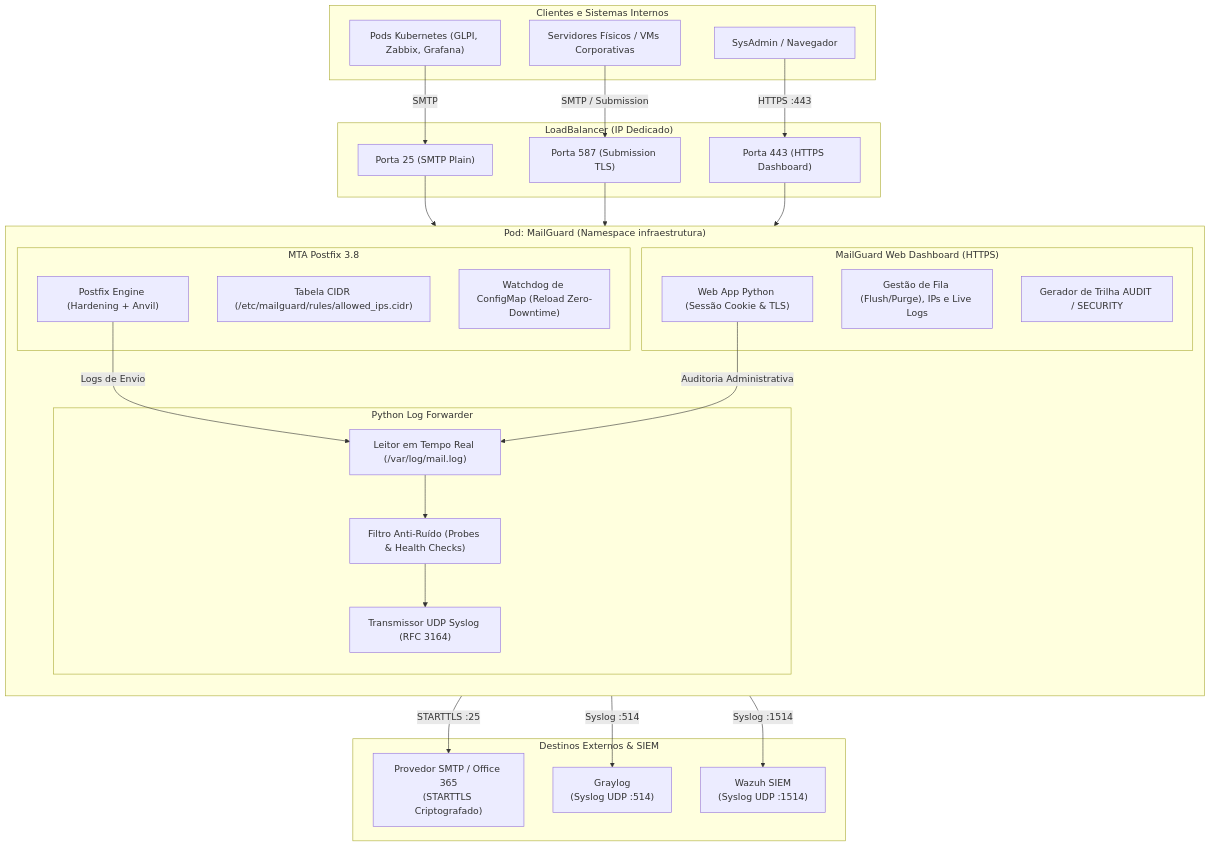
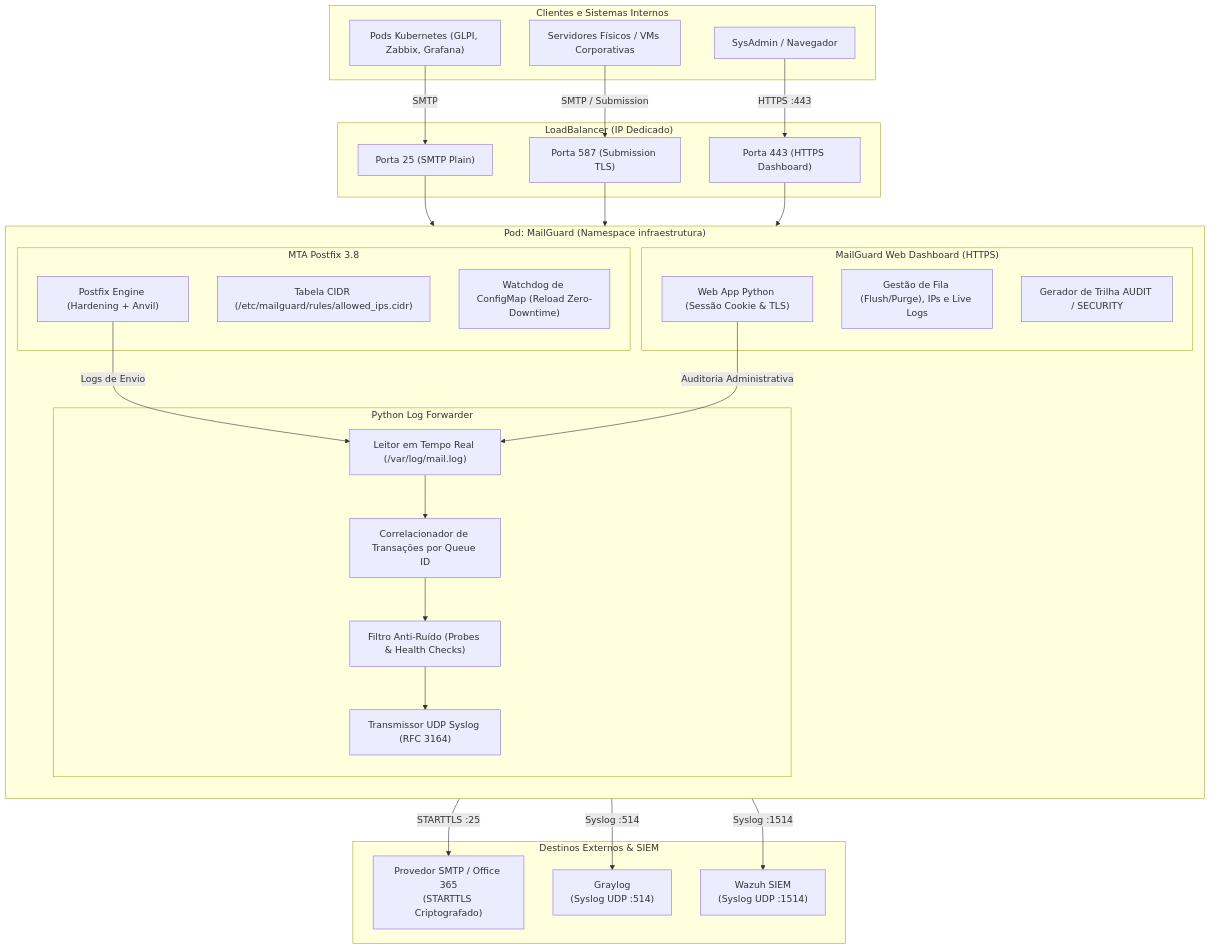
The diagram in README.md (confelipe/mailguard), drawn with Mermaid before and after one commit. The commit also changed other lines of this file and 2 other files, not shown here.

````diff
--- a/README.md
+++ b/README.md
@@ -25,57 +26,58 @@
 ```mermaid
 flowchart TD
     subgraph Internos ["Clientes e Sistemas Internos"]
         k8s_apps["Pods Kubernetes (GLPI, Zabbix, Grafana)"]
         ext_servers["Servidores Físicos / VMs Corporativas"]
         admin_user["SysAdmin / Navegador"]
     end
 
     subgraph MetalLB ["LoadBalancer (IP Dedicado)"]
         lb_smtp["Porta 25 (SMTP Plain)"]
         lb_sub["Porta 587 (Submission TLS)"]
         lb_https["Porta 443 (HTTPS Dashboard)"]
     end
 
     subgraph MailGuardPod ["Pod: MailGuard (Namespace infraestrutura)"]
         direction TB
         subgraph Engine ["MTA Postfix 3.8"]
             postfix["Postfix Engine (Hardening + Anvil)"]
             cidr["Tabela CIDR (/etc/mailguard/rules/allowed_ips.cidr)"]
             watchdog["Watchdog de ConfigMap (Reload Zero-Downtime)"]
         end
 
         subgraph Forwarder ["Python Log Forwarder"]
             logtail["Leitor em Tempo Real (/var/log/mail.log)"]
+            tracker["Correlacionador de Transações por Queue ID"]
             filter["Filtro Anti-Ruído (Probes & Health Checks)"]
             udp_sender["Transmissor UDP Syslog (RFC 3164)"]
         end
 
         subgraph WebCenter ["MailGuard Web Dashboard (HTTPS)"]
             dashboard["Web App Python (Sessão Cookie & TLS)"]
             actions["Gestão de Fila (Flush/Purge), IPs e Live Logs"]
             audit["Gerador de Trilha AUDIT / SECURITY"]
         end
     end
 
     subgraph Destinos ["Destinos Externos & SIEM"]
         relay["Provedor SMTP / Office 365\n(STARTTLS Criptografado)"]
         graylog["Graylog\n(Syslog UDP :514)"]
         wazuh["Wazuh SIEM\n(Syslog UDP :1514)"]
     end
 
     k8s_apps -->|SMTP| lb_smtp
     ext_servers -->|SMTP / Submission| lb_sub
     admin_user -->|HTTPS :443| lb_https
 
     lb_smtp --> postfix
     lb_sub --> postfix
     lb_https --> dashboard
 
     postfix -->|STARTTLS :25| relay
     postfix -->|Logs de Envio| logtail
     dashboard -->|Auditoria Administrativa| logtail
 
-    logtail --> filter --> udp_sender
+    logtail --> tracker --> filter --> udp_sender
     udp_sender -->|Syslog :514| graylog
     udp_sender -->|Syslog :1514| wazuh
 ```
````
